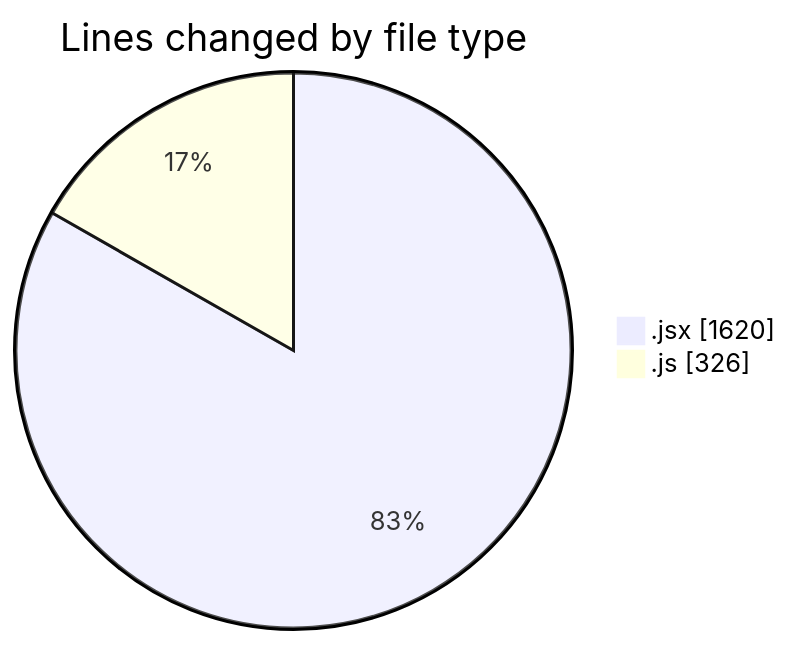
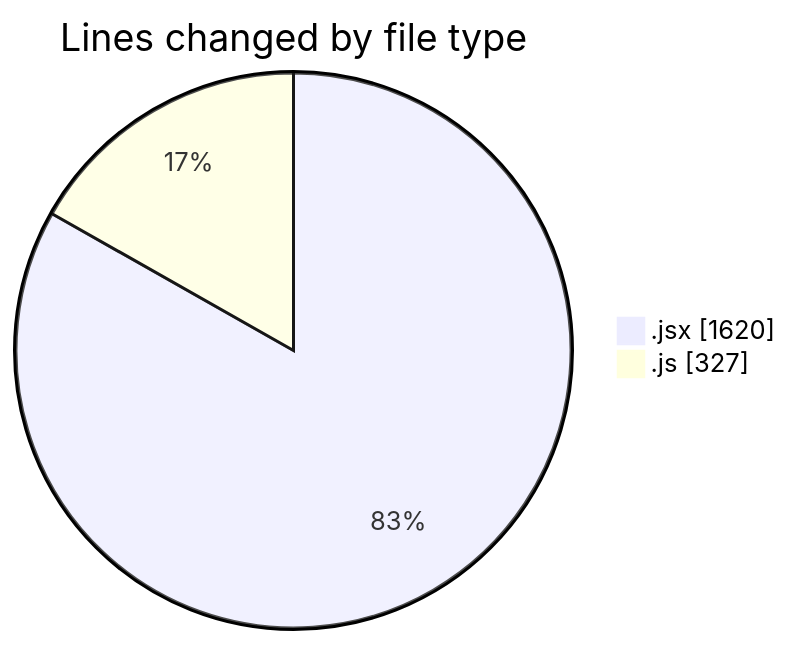
Before and after one commit to nxtqubesakshisongat/code-tracking: the first of 2 diagrams in 2025-05-15/argos-dev/README.md, drawn with Mermaid. The commit also changed other lines of this file and 1 other file, not shown here.

````diff
--- a/2025-05-15/argos-dev/README.md
+++ b/2025-05-15/argos-dev/README.md
@@ -24,6 +24,6 @@
 ```mermaid
 pie showData
 title Lines changed by file type
 ".jsx" : 1620
-".js" : 326
+".js" : 327
 ```
````
